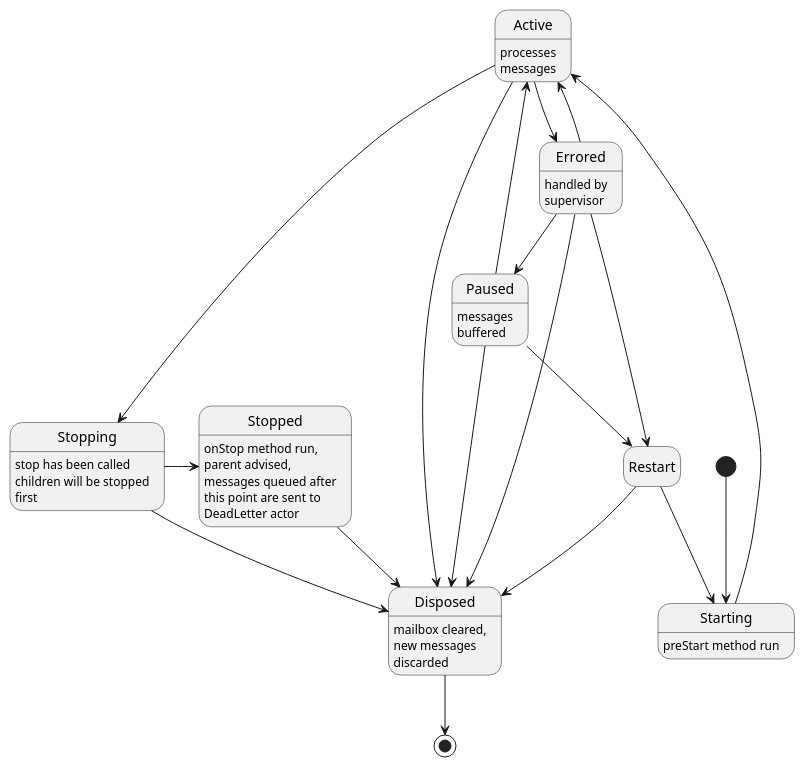
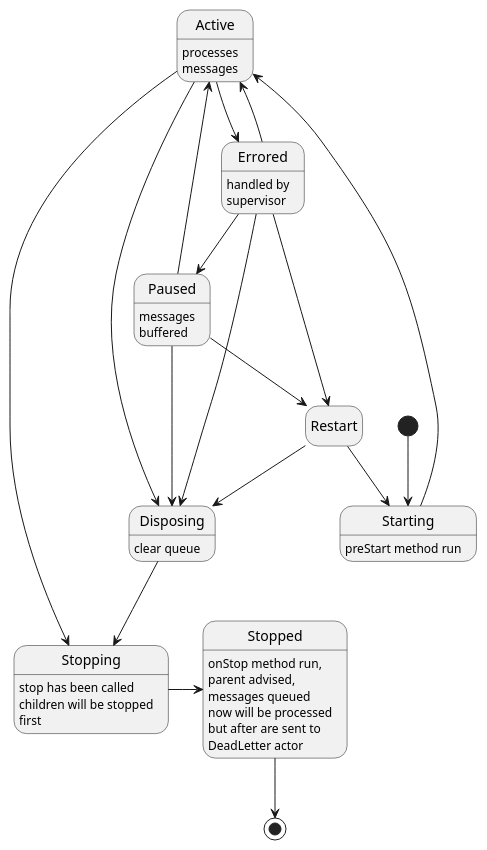
One commit to davidmoten/reels changed the diagram in src/main/plantuml/state-diagram.puml. Above: the diagram before and after it, drawn with PlantUML.

Commit message:
update state diagram with Disposing state

```diff
--- a/src/main/plantuml/state-diagram.puml
+++ b/src/main/plantuml/state-diagram.puml
@@ -1,30 +1,29 @@
 @startuml
 hide empty description
 [*] --> Starting 
 Starting --> Active
 Active --> Stopping
 Stopping -> Stopped
-Active --> Disposed
-Stopping --> Disposed
-Stopped --> Disposed
+Active --> Disposing
+Disposing --> Stopping
 Paused --> Restart
 Paused --> Active
 Restart --> Starting
-Paused --> Disposed
-Disposed --> [*]
+Paused --> Disposing
+Stopped --> [*]
 Active --> Errored
 Errored --> Active
-Errored --> Disposed
+Errored --> Disposing
 Errored --> Restart
 Errored --> Paused
-Restart --> Disposed
+Restart --> Disposing
 
 Active: processes\nmessages
 Stopping: stop has been called\nchildren will be stopped\nfirst
-Stopped: onStop method run,\nparent advised,\nmessages queued after\nthis point are sent to\nDeadLetter actor
+Stopped: onStop method run,\nparent advised,\nmessages queued\nnow will be processed\nbut after are sent to\nDeadLetter actor
 Paused: messages\nbuffered
-Disposed: mailbox cleared,\nnew messages\ndiscarded
 Errored: handled by\nsupervisor
 Starting: preStart method run
+Disposing: clear queue
 
 @enduml
```
